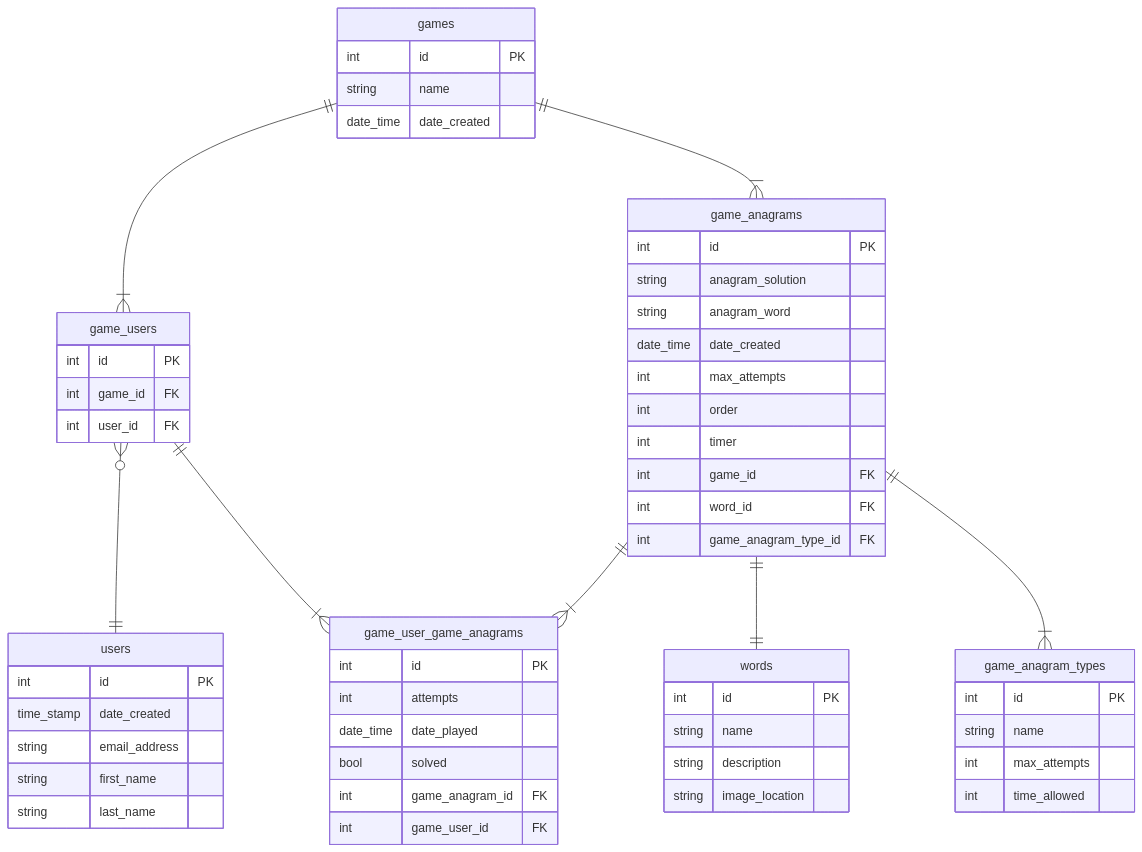
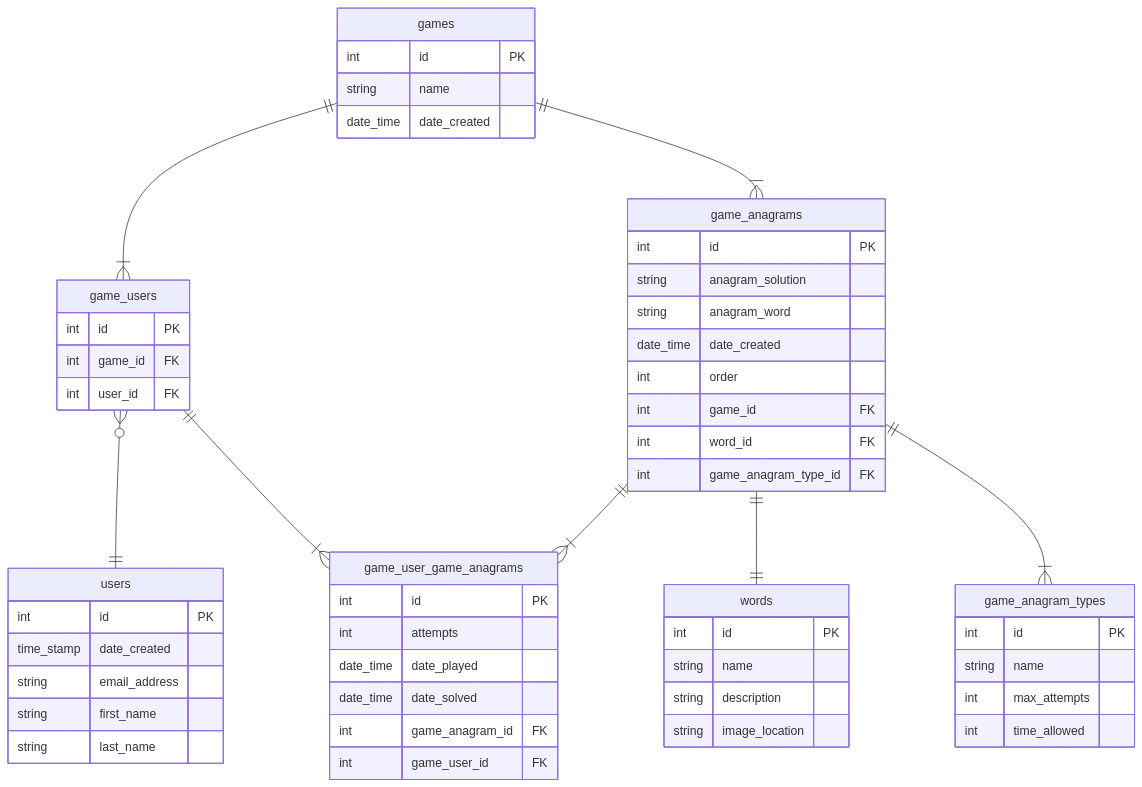
The second of 2 diagrams in README.md (seanjamescurrie/bananagrams), drawn with Mermaid before and after one commit.

Commit message:
Update ReadMe.md ERD update

````diff
--- a/README.md
+++ b/README.md
@@ -220,70 +220,68 @@
 ```mermaid
 erDiagram
 
   games ||--|{ game_users : ""
   games ||--|{ game_anagrams : ""
   game_users }o--|| users : ""
   game_users ||--|{ game_user_game_anagrams : ""
   game_anagrams ||--|{ game_user_game_anagrams : ""
   game_anagrams ||--|| words : ""
   game_anagrams ||--|{ game_anagram_types : ""
   
   game_anagram_types {
     int id PK
     string name
     int max_attempts
     int time_allowed
   }
   
   games {
     int id PK
     string name
     date_time date_created
   }
   
   words {
     int id PK
     string name
     string description
     string image_location
   }
   
   game_anagrams {
     int id PK
     string anagram_solution
     string anagram_word
     date_time date_created
-    int max_attempts
     int order
-    int timer
     int game_id FK
     int word_id FK
     int game_anagram_type_id FK
   }
   
   users {
     int id PK
     time_stamp date_created
     string email_address
     string first_name
     string last_name
   }
   
   game_users {
     int id PK
     int game_id FK
     int user_id FK
   }
   
   game_user_game_anagrams {
     int id PK
     int attempts
     date_time date_played
-    bool solved
+    date_time date_solved
     int game_anagram_id FK
     int game_user_id FK
   }
   
   
 
 ```
````
